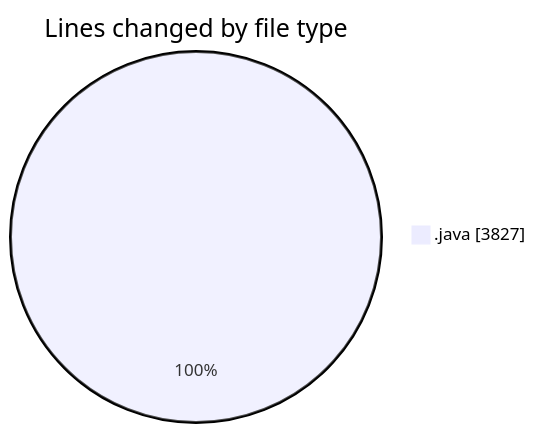
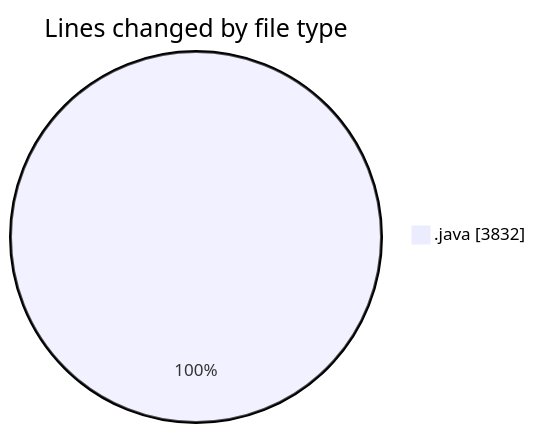
The first of 2 diagrams in 2025-02-18/masm/README.md (charlie-sans/code-tracking), drawn with Mermaid before and after one commit. The commit also changed other lines of this file and 1 other file, not shown here.

````diff
--- a/2025-02-18/masm/README.md
+++ b/2025-02-18/masm/README.md
@@ -27,5 +27,5 @@
 ```mermaid
 pie showData
 title Lines changed by file type
-".java" : 3827
+".java" : 3832
 ```
````
